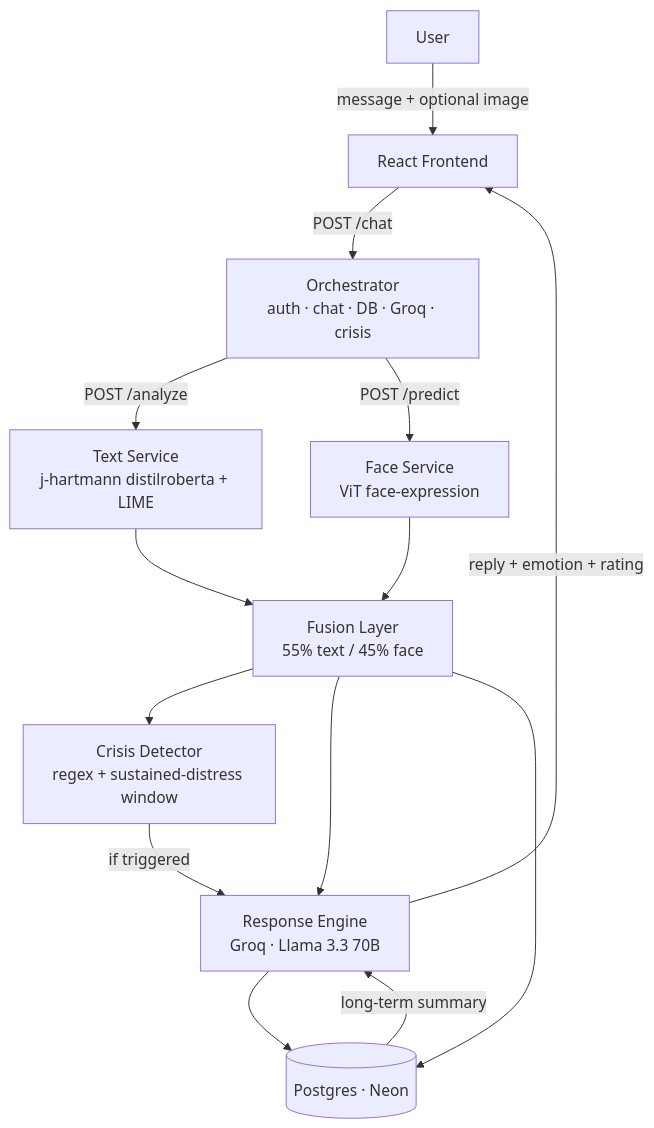
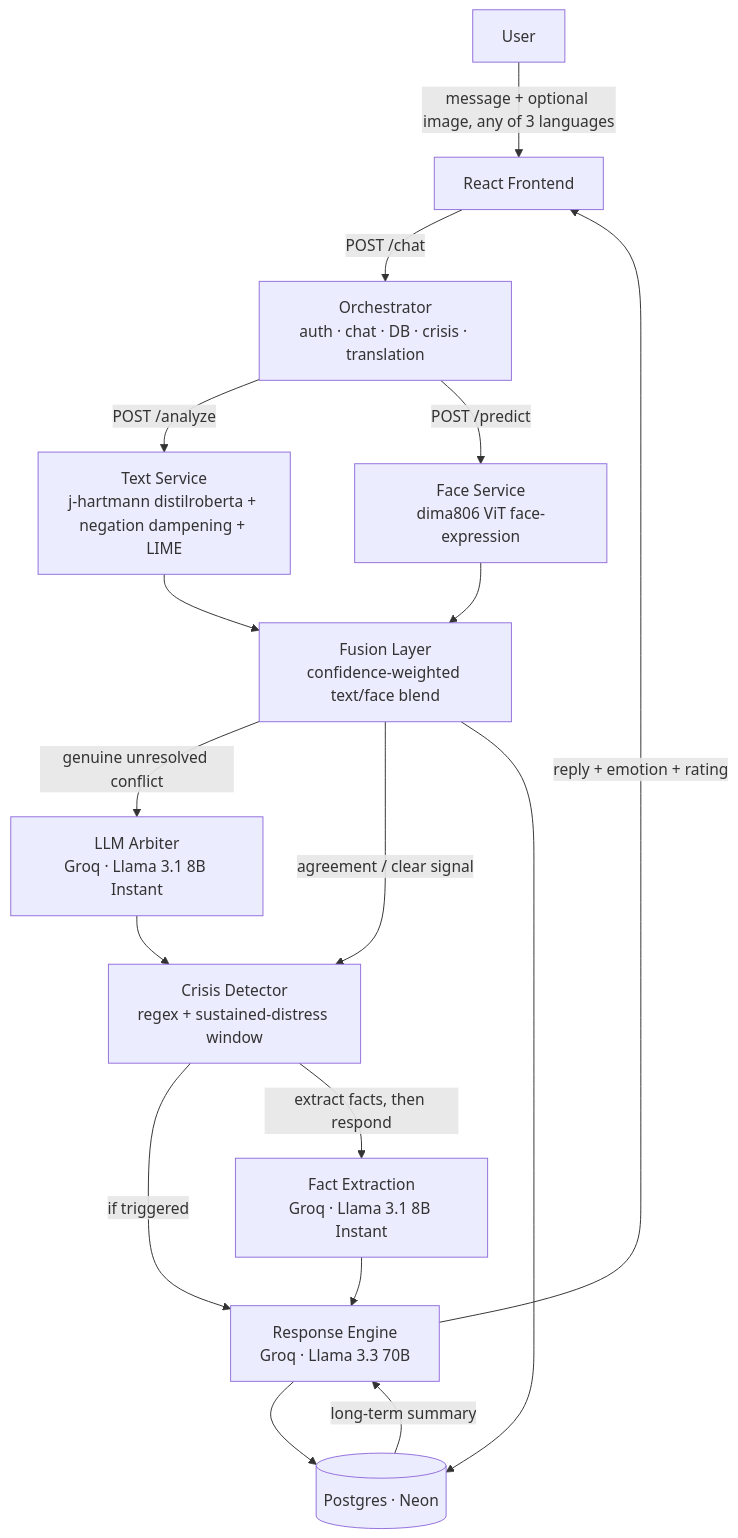
Before and after one commit to Aadithyaar22/MoodScript: the diagram in README.md, drawn with Mermaid. The commit also changed other lines of this file, not shown here.

````diff
--- a/README.md
+++ b/README.md
@@ -71,16 +87,19 @@
 ```mermaid
 flowchart TD
-    U[User] -->|message + optional image| FE[React Frontend]
-    FE -->|POST /chat| API[Orchestrator<br/>auth · chat · DB · Groq · crisis]
-    API -->|POST /analyze| TXT[Text Service<br/>j-hartmann distilroberta + LIME]
-    API -->|POST /predict| FACE[Face Service<br/>ViT face-expression]
-    TXT --> FUSE[Fusion Layer<br/>55% text / 45% face]
+    U[User] -->|message + optional image, any of 3 languages| FE[React Frontend]
+    FE -->|POST /chat| API[Orchestrator<br/>auth · chat · DB · crisis · translation]
+    API -->|POST /analyze| TXT[Text Service<br/>j-hartmann distilroberta + negation dampening + LIME]
+    API -->|POST /predict| FACE[Face Service<br/>dima806 ViT face-expression]
+    TXT --> FUSE[Fusion Layer<br/>confidence-weighted text/face blend]
     FACE --> FUSE
-    FUSE --> CRISIS[Crisis Detector<br/>regex + sustained-distress window]
-    FUSE --> LLM[Response Engine<br/>Groq · Llama 3.3 70B]
-    CRISIS -->|if triggered| LLM
+    FUSE -->|genuine unresolved conflict| ARB[LLM Arbiter<br/>Groq · Llama 3.1 8B Instant]
+    ARB --> CRISIS
+    FUSE -->|agreement / clear signal| CRISIS[Crisis Detector<br/>regex + sustained-distress window]
+    CRISIS -->|if triggered| LLM[Response Engine<br/>Groq · Llama 3.3 70B]
+    CRISIS -->|extract facts, then respond| EXTRACT[Fact Extraction<br/>Groq · Llama 3.1 8B Instant]
+    EXTRACT --> LLM
     LLM --> DB[(Postgres · Neon)]
     FUSE --> DB
     DB -->|long-term summary| LLM
     LLM -->|reply + emotion + rating| FE
 ```
````
